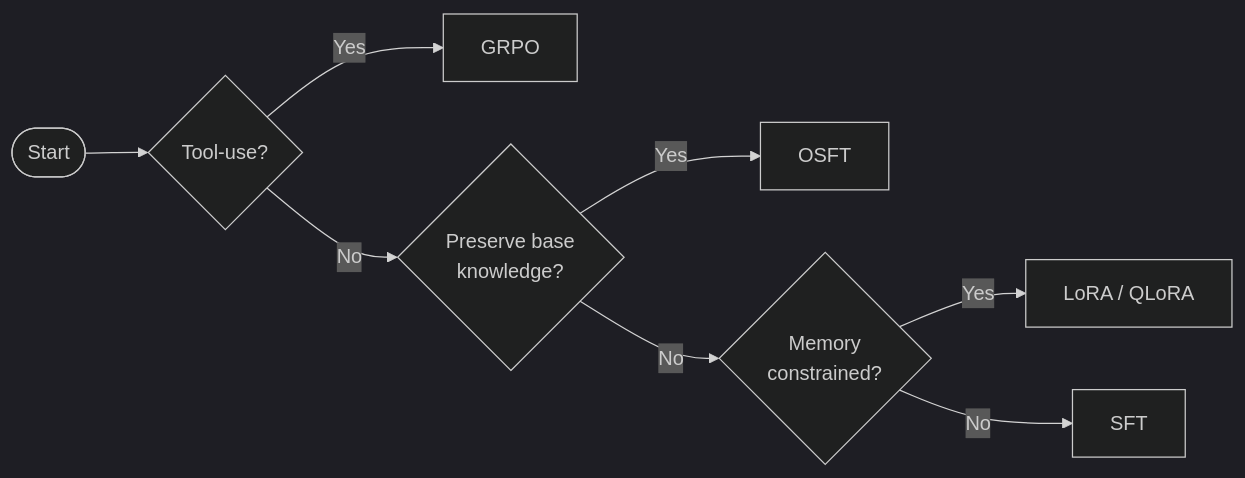
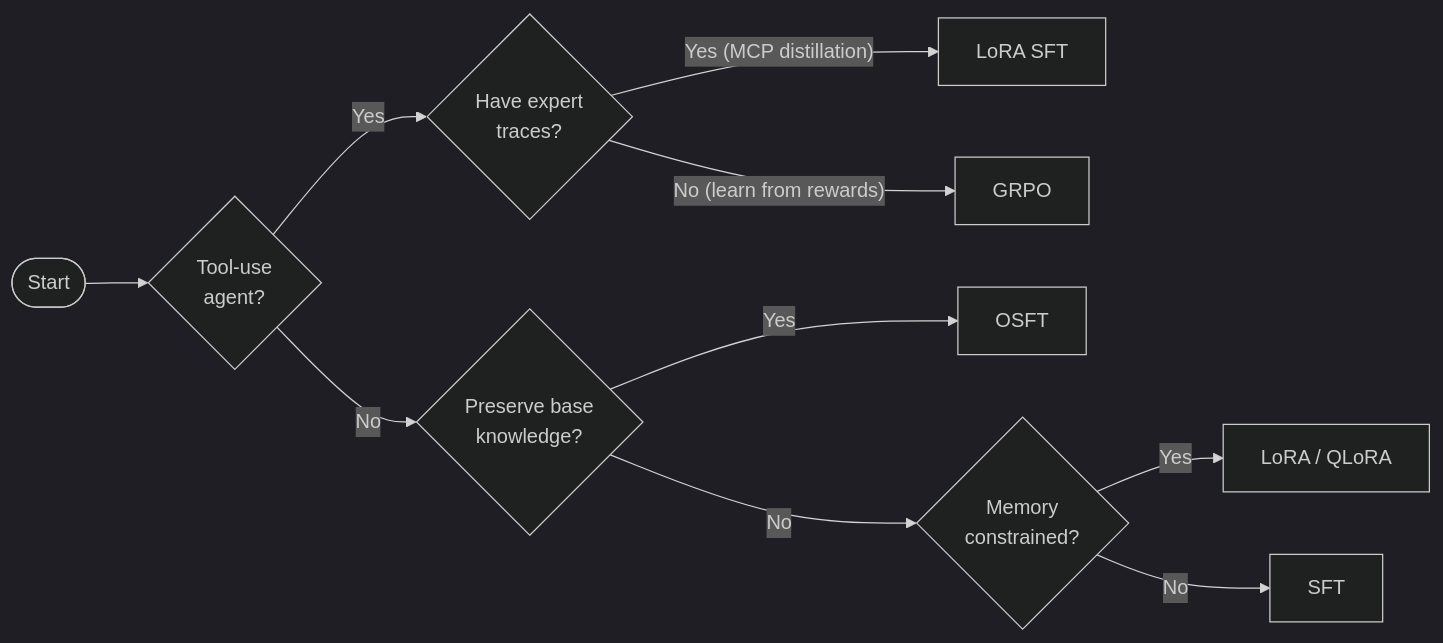
Before and after one commit to rrbanda/rhoai: the diagram in docs/getting-started/choosing-an-algorithm.md, drawn with Mermaid (dark theme). The commit also changed other lines of this file and 14 other files, not shown here.

````diff
--- a/docs/getting-started/choosing-an-algorithm.md
+++ b/docs/getting-started/choosing-an-algorithm.md
@@ -7,10 +7,12 @@
 ```mermaid
 graph LR
-    A([Start]) --> B{Tool-use?}
-    B -->|Yes| GRPO[GRPO]
+    A([Start]) --> B{Tool-use<br/>agent?}
+    B -->|Yes| T{Have expert<br/>traces?}
+    T -->|"Yes (MCP distillation)"| LORA_SFT["LoRA SFT"]
+    T -->|"No (learn from rewards)"| GRPO[GRPO]
     B -->|No| C{Preserve base<br/>knowledge?}
     C -->|Yes| OSFT[OSFT]
     C -->|No| D{Memory<br/>constrained?}
     D -->|Yes| LORA[LoRA / QLoRA]
     D -->|No| SFT[SFT]
 ```
````
